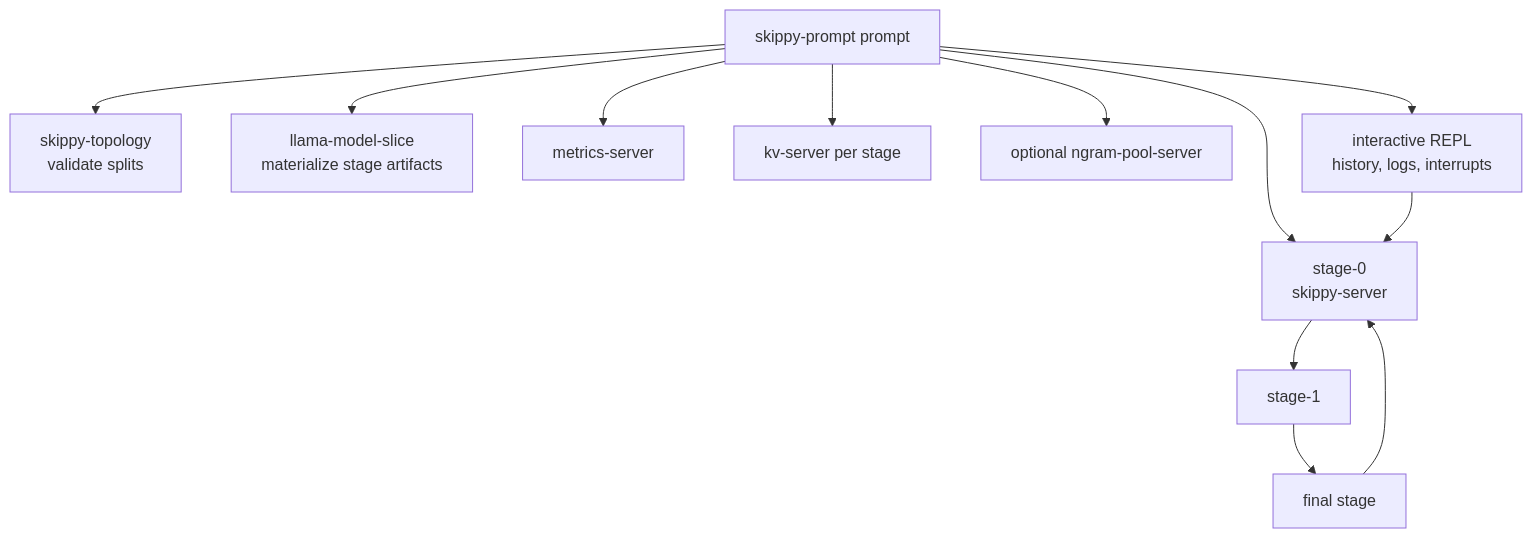
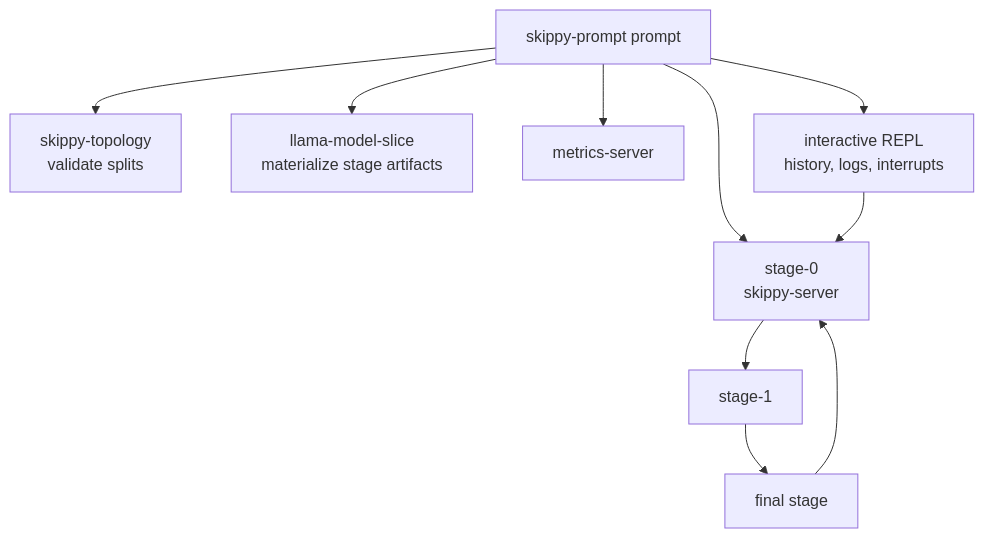
One commit to michaelneale/mesh-llm changed the first of 2 diagrams in crates/skippy-prompt/README.md. Above: the diagram before and after it, drawn with Mermaid. The commit also changed other lines of this file and 22 other files, not shown here.

````diff
--- a/crates/skippy-prompt/README.md
+++ b/crates/skippy-prompt/README.md
@@ -17,14 +17,12 @@
 ```mermaid
 flowchart TB
     CLI["skippy-prompt prompt"] --> Plan["skippy-topology<br/>validate splits"]
     CLI --> Slice["llama-model-slice<br/>materialize stage artifacts"]
     CLI --> Metrics["metrics-server"]
-    CLI --> KV["kv-server per stage"]
-    CLI --> NGram["optional ngram-pool-server"]
     CLI --> S0["stage-0<br/>skippy-server"]
     S0 --> S1["stage-1"]
     S1 --> SF["final stage"]
     CLI --> REPL["interactive REPL<br/>history, logs, interrupts"]
     REPL --> S0
     SF --> S0
 ```
````
